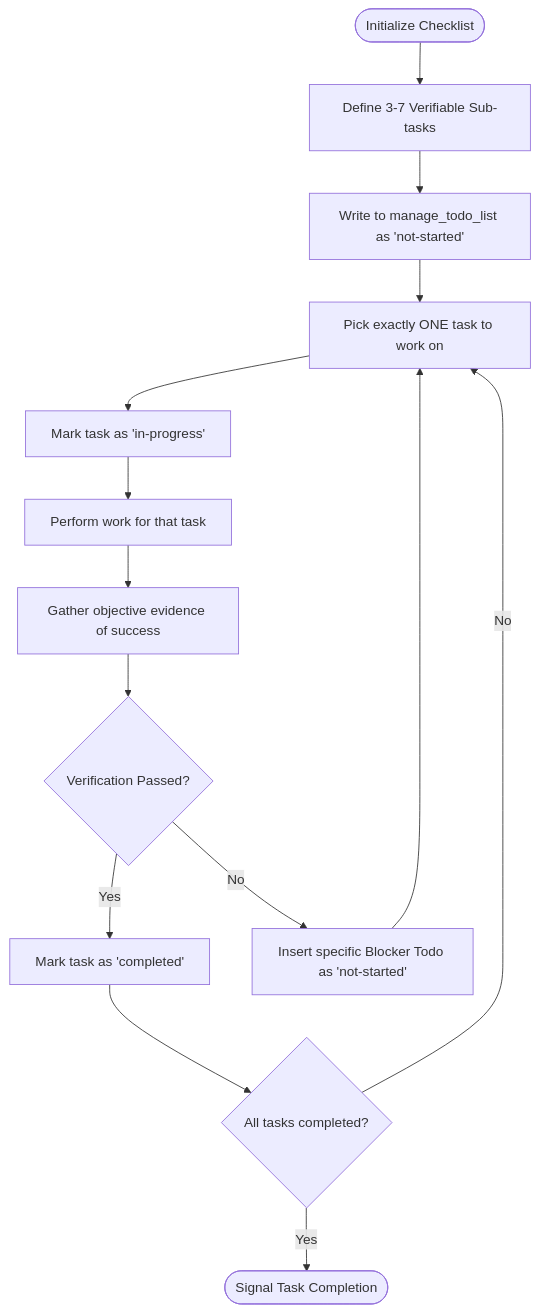
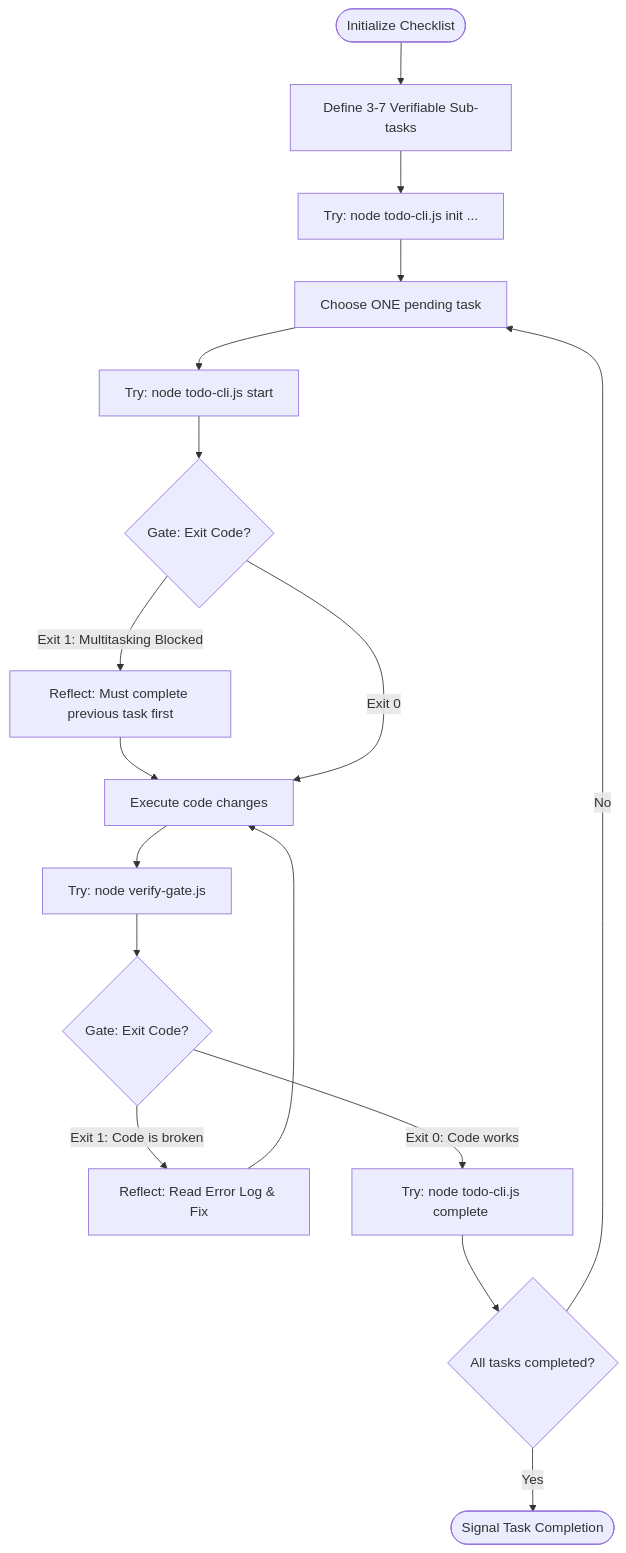
Before and after one commit to dyphn1/Harness-everything: the diagram in docs/workflows/todo-driven-workflow.md, drawn with Mermaid. The commit also changed other lines of this file and 18 other files, not shown here.

````diff
--- a/docs/workflows/todo-driven-workflow.md
+++ b/docs/workflows/todo-driven-workflow.md
@@ -11,16 +11,26 @@
 ```mermaid
 graph TD
   Start([Initialize Checklist]) --> Plan["Define 3-7 Verifiable Sub-tasks"]
-  Plan --> SaveTodo["Write to manage_todo_list as 'not-started'"]
-  SaveTodo --> ChooseTask["Pick exactly ONE task to work on"]
-  ChooseTask --> MarkInProgress["Mark task as 'in-progress'"]
-  MarkInProgress --> Execute["Perform work for that task"]
-  Execute --> GatherEvidence["Gather objective evidence of success"]
-  GatherEvidence --> VerifySuccess{Verification Passed?}
-  VerifySuccess -->|Yes| MarkCompleted["Mark task as 'completed'"]
-  VerifySuccess -->|No| InsertBlocker["Insert specific Blocker Todo as 'not-started'"]
-  InsertBlocker --> ChooseTask
+  Plan --> SaveTodo["Try: node todo-cli.js init ..."]
+  
+  SaveTodo --> ChooseTask["Choose ONE pending task"]
+  ChooseTask --> MarkInProgress["Try: node todo-cli.js start <id>"]
+  
+  MarkInProgress --> CheckStart{Gate: Exit Code?}
+  CheckStart -->|Exit 1: Multitasking Blocked| ReflectStart["Reflect: Must complete previous task first"]
+  ReflectStart --> Execute
+  
+  CheckStart -->|Exit 0| Execute["Execute code changes"]
+  
+  Execute --> GatherEvidence["Try: node verify-gate.js"]
+  GatherEvidence --> VerifySuccess{Gate: Exit Code?}
+  
+  VerifySuccess -->|Exit 1: Code is broken| ReflectCode["Reflect: Read Error Log & Fix"]
+  ReflectCode --> Execute
+  
+  VerifySuccess -->|Exit 0: Code works| MarkCompleted["Try: node todo-cli.js complete <id>"]
+  
   MarkCompleted --> CheckRemaining{All tasks completed?}
   CheckRemaining -->|No| ChooseTask
   CheckRemaining -->|Yes| Finish([Signal Task Completion])
 ```
````
